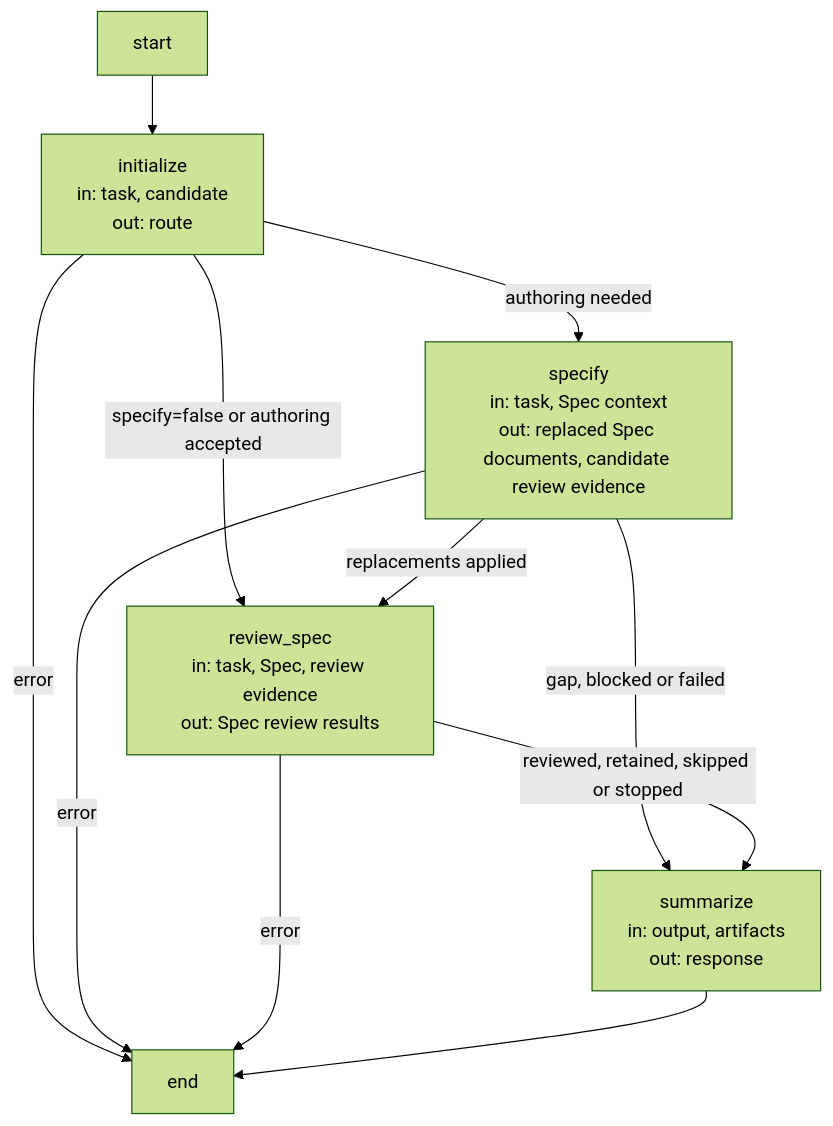
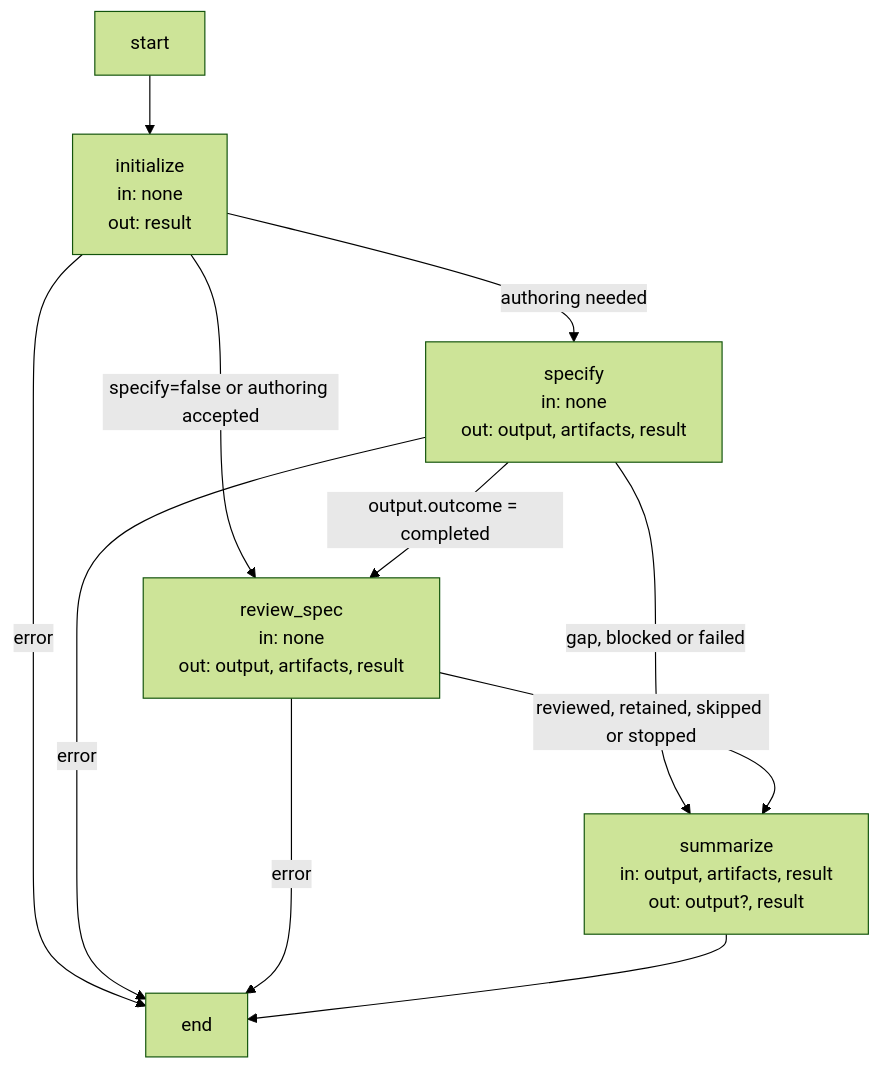
Before and after one commit to FTOD/concorde: the diagram in specs/concorde/specify-loop/execution-reference.md, drawn with Mermaid (forest theme). The commit also changed other lines of this file and 10 other files, not shown here.

Commit message:
docs: clarify LangGraph state and routing in operation diagrams

````diff
--- a/specs/concorde/specify-loop/execution-reference.md
+++ b/specs/concorde/specify-loop/execution-reference.md
@@ -86,22 +94,22 @@
 ```mermaid
 flowchart TB
     %% graph: specify_graph
     accTitle: Specification Graph
     accDescr: Initialization selects authoring or goes straight to review; accepted authoring is followed by independent review; every stop routes to summarize and a guard-caught error ends the Graph.
     __start__["start"]
-    initialize["initialize<br/>in: task, candidate<br/>out: route"]
-    specify["specify<br/>in: task, Spec context<br/>out: replaced Spec documents, candidate review evidence"]
-    review_spec["review_spec<br/>in: task, Spec, review evidence<br/>out: Spec review results"]
-    summarize["summarize<br/>in: output, artifacts<br/>out: response"]
+    initialize["initialize<br/>in: none<br/>out: result"]
+    specify["specify<br/>in: none<br/>out: output, artifacts, result"]
+    review_spec["review_spec<br/>in: none<br/>out: output, artifacts, result"]
+    summarize["summarize<br/>in: output, artifacts, result<br/>out: output?, result"]
     __end__["end"]
     __start__ --> initialize
     initialize -->|authoring needed| specify
     initialize -->|specify=false or authoring accepted| review_spec
     initialize -->|error| __end__
-    specify -->|replacements applied| review_spec
+    specify -->|output.outcome = completed| review_spec
     specify -->|gap, blocked or failed| summarize
     specify -->|error| __end__
     review_spec -->|reviewed, retained, skipped or stopped| summarize
     review_spec -->|error| __end__
     summarize --> __end__
 ```
````
